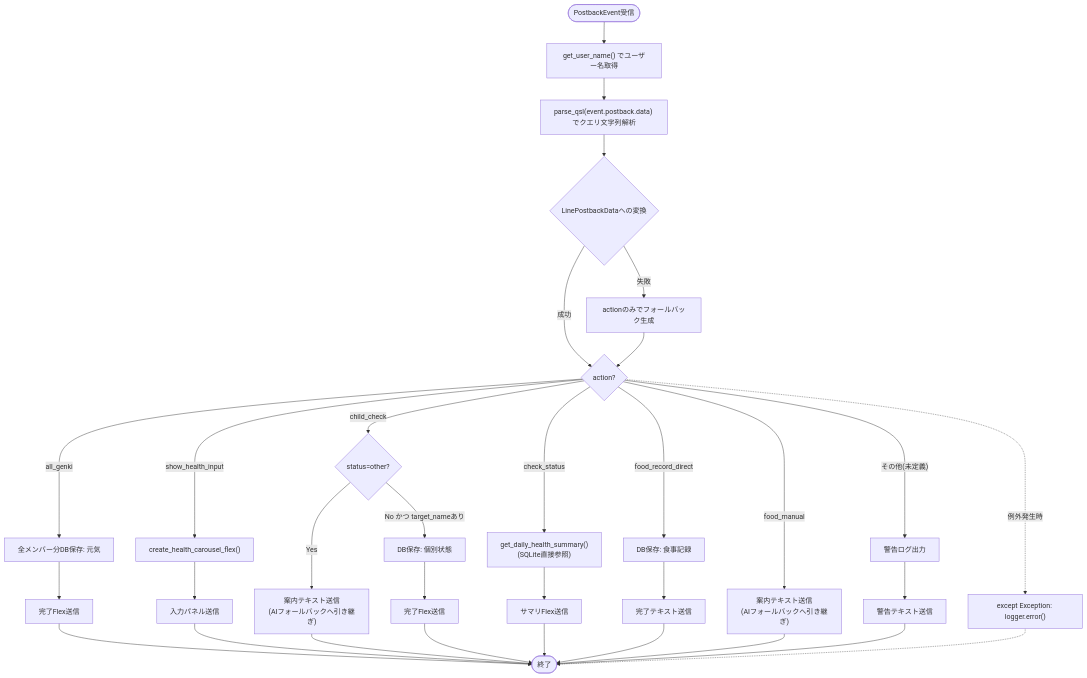
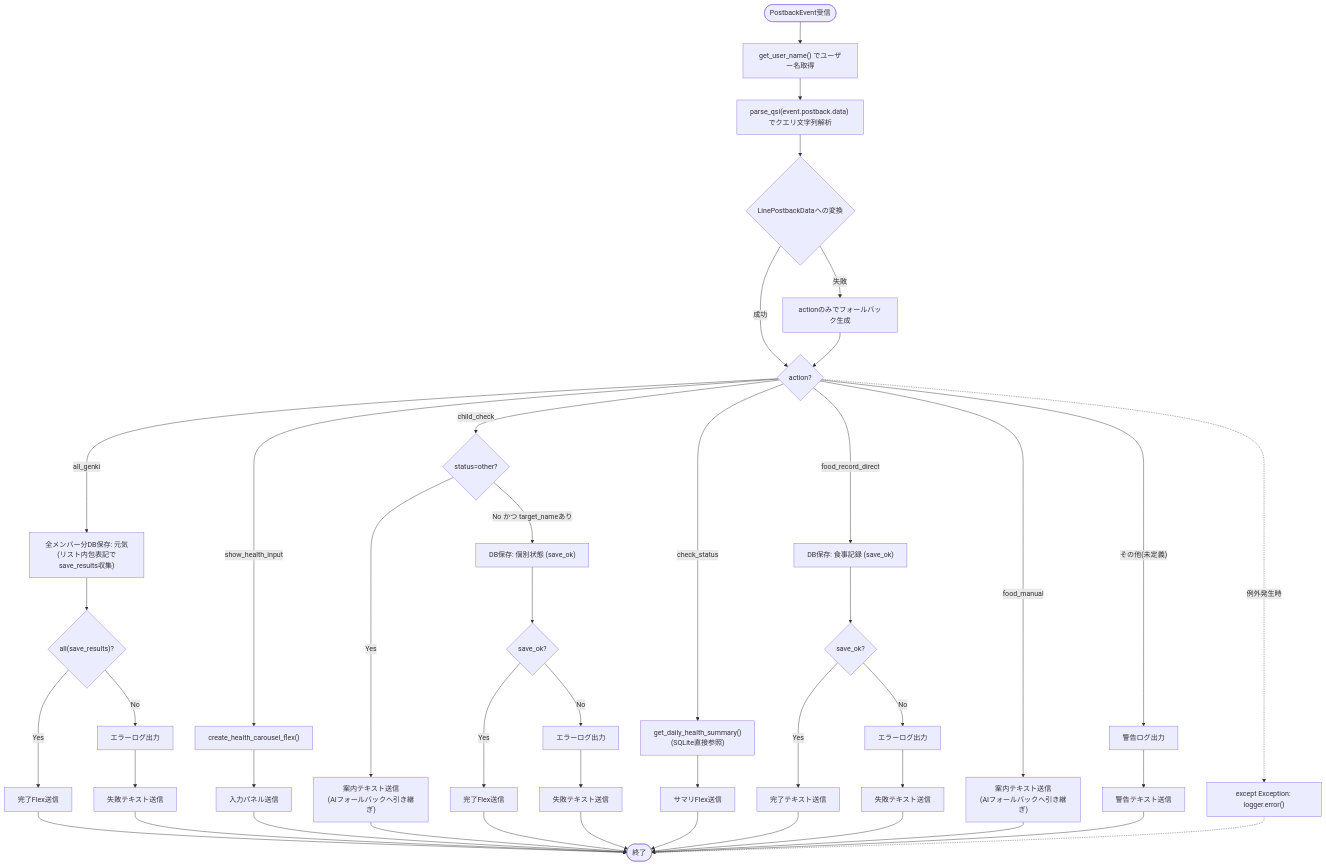
The first of 2 diagrams in docs/specifications/MY_HOME_SYSTEM/line_logic.md (mmtigers/my_python_project), drawn with Mermaid before and after one commit. The commit also changed other lines of this file and 18 other files, not shown here.

````diff
--- a/docs/specifications/MY_HOME_SYSTEM/line_logic.md
+++ b/docs/specifications/MY_HOME_SYSTEM/line_logic.md
@@ -255,30 +260,39 @@
 ```mermaid
 flowchart TD
     Start([PostbackEvent受信]) --> GetUser["get_user_name() でユーザー名取得"]
     GetUser --> ParseQS["parse_qsl(event.postback.data) でクエリ文字列解析"]
     ParseQS --> ModelParse{"LinePostbackDataへの変換"}
     ModelParse -- 成功 --> ActionCheck{"action?"}
     ModelParse -- 失敗 --> Fallback["actionのみでフォールバック生成"] --> ActionCheck
 
-    ActionCheck -->|"all_genki"| PB_AllGenki["全メンバー分DB保存: 元気"] --> PB_Reply1["完了Flex送信"]
+    ActionCheck -->|"all_genki"| PB_AllGenki["全メンバー分DB保存: 元気<br>(リスト内包表記でsave_results収集)"] --> PB_AllGenkiCheck{"all(save_results)?"}
+    PB_AllGenkiCheck -->|No| PB_AllGenkiFail["エラーログ出力"] --> PB_Reply1b["失敗テキスト送信"]
+    PB_AllGenkiCheck -->|Yes| PB_Reply1["完了Flex送信"]
     ActionCheck -->|"show_health_input"| PB_Show["create_health_carousel_flex()"] --> PB_Reply2["入力パネル送信"]
     ActionCheck -->|"child_check"| StatusCheck{"status=other?"}
     StatusCheck -->|Yes| PB_Prompt["案内テキスト送信<br>(AIフォールバックへ引き継ぎ)"]
-    StatusCheck -->|No かつ target_nameあり| PB_ChildLog["DB保存: 個別状態"] --> PB_Reply4["完了Flex送信"]
+    StatusCheck -->|No かつ target_nameあり| PB_ChildLog["DB保存: 個別状態 (save_ok)"] --> PB_ChildCheck{"save_ok?"}
+    PB_ChildCheck -->|No| PB_ChildFail["エラーログ出力"] --> PB_Reply4b["失敗テキスト送信"]
+    PB_ChildCheck -->|Yes| PB_Reply4["完了Flex送信"]
     ActionCheck -->|"check_status"| PB_Summary["get_daily_health_summary()<br>(SQLite直接参照)"] --> PB_Reply5["サマリFlex送信"]
-    ActionCheck -->|"food_record_direct"| PB_FoodDirect["DB保存: 食事記録"] --> PB_Reply6a["完了テキスト送信"]
+    ActionCheck -->|"food_record_direct"| PB_FoodDirect["DB保存: 食事記録 (save_ok)"] --> PB_FoodCheck{"save_ok?"}
+    PB_FoodCheck -->|No| PB_FoodFail["エラーログ出力"] --> PB_Reply6b["失敗テキスト送信"]
+    PB_FoodCheck -->|Yes| PB_Reply6a["完了テキスト送信"]
     ActionCheck -->|"food_manual"| PB_FoodManual["案内テキスト送信<br>(AIフォールバックへ引き継ぎ)"]
     ActionCheck -->|"その他(未定義)"| PB_Fallback["警告ログ出力"] --> PB_Reply7["警告テキスト送信"]
 
     PB_Reply1 --> End([終了])
+    PB_Reply1b --> End
     PB_Reply2 --> End
     PB_Prompt --> End
     PB_Reply4 --> End
+    PB_Reply4b --> End
     PB_Reply5 --> End
     PB_Reply6a --> End
+    PB_Reply6b --> End
     PB_FoodManual --> End
     PB_Reply7 --> End
 
     ActionCheck -.->|"例外発生時"| ExHandler["except Exception: logger.error()"] -.-> End
 
 ```
````
